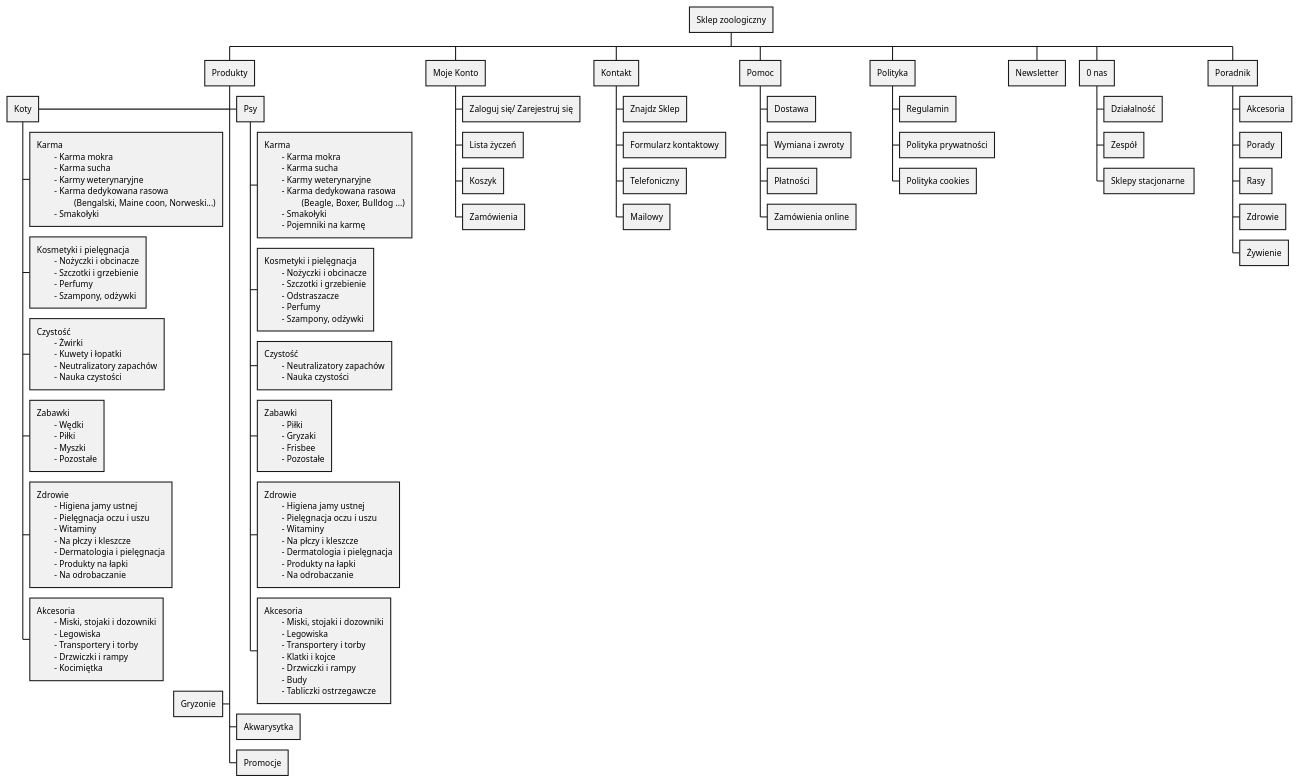
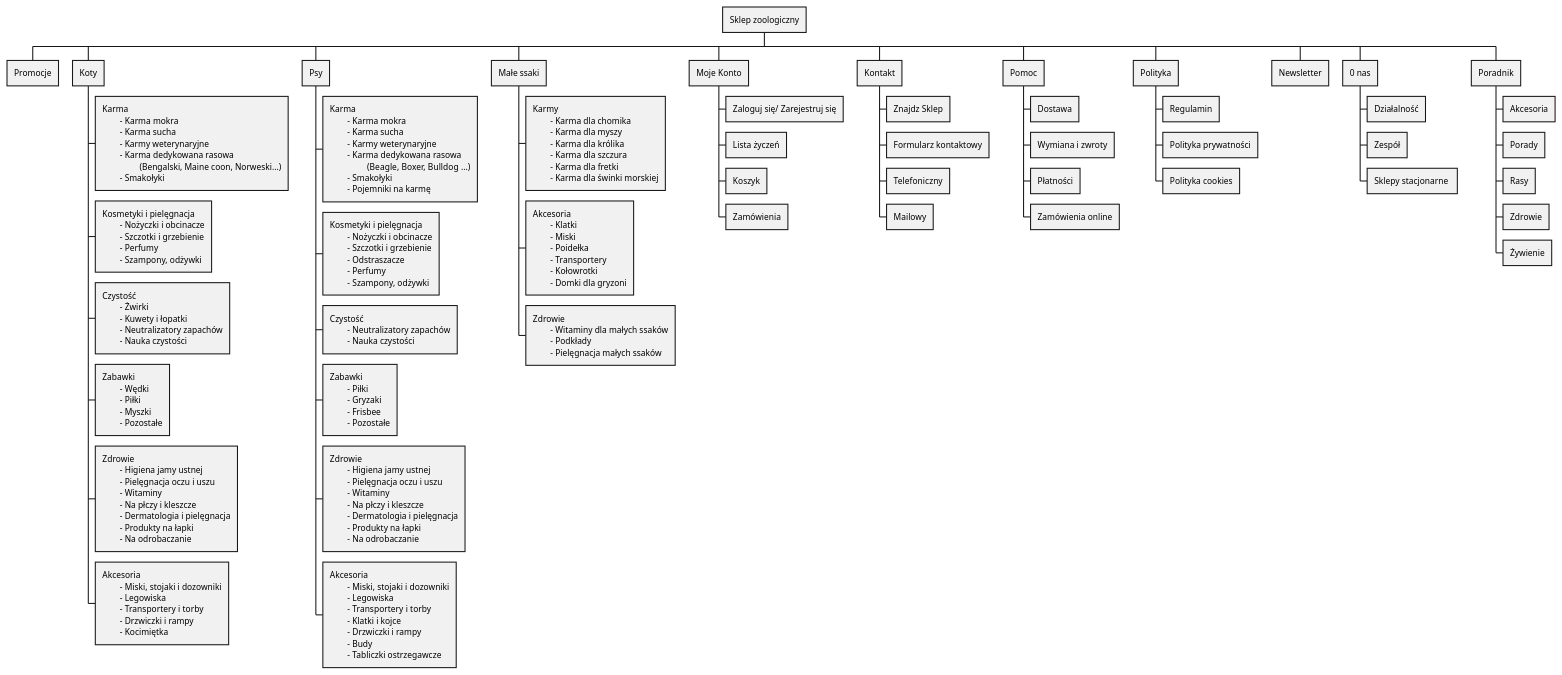
The diagram in second.puml (JarKolod/TPF_projekt), drawn with PlantUML before and after one commit.

Commit message:
małe ssaki

```diff
--- a/second.puml
+++ b/second.puml
@@ -1,145 +1,163 @@
 @startwbs menu
 
 * Sklep zoologiczny
 
-** Produkty
-
-+++ Psy
-****:Karma
+++ Psy
+***:Karma
 \t- Karma mokra
 \t- Karma sucha
 \t- Karmy weterynaryjne
 \t- Karma dedykowana rasowa
 \t\t (Beagle, Boxer, Bulldog ...)
 \t- Smakołyki
 \t- Pojemniki na karmę;
 
-****:Kosmetyki i pielęgnacja
+***:Kosmetyki i pielęgnacja
 \t- Nożyczki i obcinacze
 \t- Szczotki i grzebienie
 \t- Odstraszacze
 \t- Perfumy
 \t- Szampony, odżywki;
 
-****:Czystość
+***:Czystość
 \t- Neutralizatory zapachów
 \t- Nauka czystości;
 
-
-****:Zabawki
+***:Zabawki
 \t- Piłki
 \t- Gryzaki
 \t- Frisbee
 \t- Pozostałe;
 
-****:Zdrowie
+***:Zdrowie
 \t- Higiena jamy ustnej
 \t- Pielęgnacja oczu i uszu
 \t- Witaminy
 \t- Na płczy i kleszcze
 \t- Dermatologia i pielęgnacja
 \t- Produkty na łapki
 \t- Na odrobaczanie;
 
-****:Akcesoria
+***:Akcesoria
 \t- Miski, stojaki i dozowniki
 \t- Legowiska
 \t- Transportery i torby
 \t- Klatki i kojce
 \t- Drzwiczki i rampy
 \t- Budy
 \t- Tabliczki ostrzegawcze;
 
---- Koty
-****:Karma
+-- Koty
+***:Karma
 \t- Karma mokra
 \t- Karma sucha
 \t- Karmy weterynaryjne
 \t- Karma dedykowana rasowa
 \t\t (Bengalski, Maine coon, Norweski...)
 \t- Smakołyki;
 
-****:Kosmetyki i pielęgnacja
+***:Kosmetyki i pielęgnacja
 \t- Nożyczki i obcinacze
 \t- Szczotki i grzebienie
 \t- Perfumy
 \t- Szampony, odżywki;
 
-****:Czystość
+***:Czystość
 \t- Żwirki
 \t- Kuwety i łopatki
 \t- Neutralizatory zapachów
 \t- Nauka czystości;
 
-****:Zabawki
+***:Zabawki
 \t- Wędki
 \t- Piłki
 \t- Myszki
 \t- Pozostałe;
 
-****:Zdrowie
+***:Zdrowie
 \t- Higiena jamy ustnej
 \t- Pielęgnacja oczu i uszu
 \t- Witaminy
 \t- Na płczy i kleszcze
 \t- Dermatologia i pielęgnacja
 \t- Produkty na łapki
 \t- Na odrobaczanie;
 
-****:Akcesoria
+***:Akcesoria
 \t- Miski, stojaki i dozowniki
 \t- Legowiska
 \t- Transportery i torby
 \t- Drzwiczki i rampy
 \t- Kocimiętka;
 
 
 
 
 
 
---- Gryzonie
-+++ Akwarysytka
-*** Promocje
+++ Małe ssaki
+
+***:Karmy
+\t- Karma dla chomika
+\t- Karma dla myszy
+\t- Karma dla królika
+\t- Karma dla szczura
+\t- Karma dla fretki
+\t- Karma dla świnki morskiej;
+
+***:Akcesoria
+\t- Klatki
+\t- Miski
+\t- Poidełka
+\t- Transportery
+\t- Kołowrotki
+\t- Domki dla gryzoni;
+
+***:Zdrowie
+\t- Witaminy dla małych ssaków
+\t- Podkłady
+\t- Pielęgnacja małych ssaków;
+
+-- Promocje
 
 ** Moje Konto
 *** Zaloguj się/ Zarejestruj się
 *** Lista życzeń
 *** Koszyk
 *** Zamówienia
 
 ** Kontakt <<mintGreen>>
 *** Znajdz Sklep
 *** Formularz kontaktowy
 *** Telefoniczny
 *** Mailowy
 
 ** Pomoc <<mintGreen>>
 *** Dostawa
 *** Wymiana i zwroty
 *** Płatności
 *** Zamówienia online
 
 ** Polityka <<mintGreen>>
 *** Regulamin
 *** Polityka prywatności
 *** Polityka cookies
 
 ** Newsletter <<mintGreen>>
 
 ** 0 nas <<mintGreen>>
 *** Działalność
 *** Zespół
 *** Sklepy stacjonarne 
 
 
 ** Poradnik <<oliveGreen>>
 *** Akcesoria
 *** Porady
 *** Rasy
 *** Zdrowie
 *** Żywienie
  
 
 
 @endwbs
```
